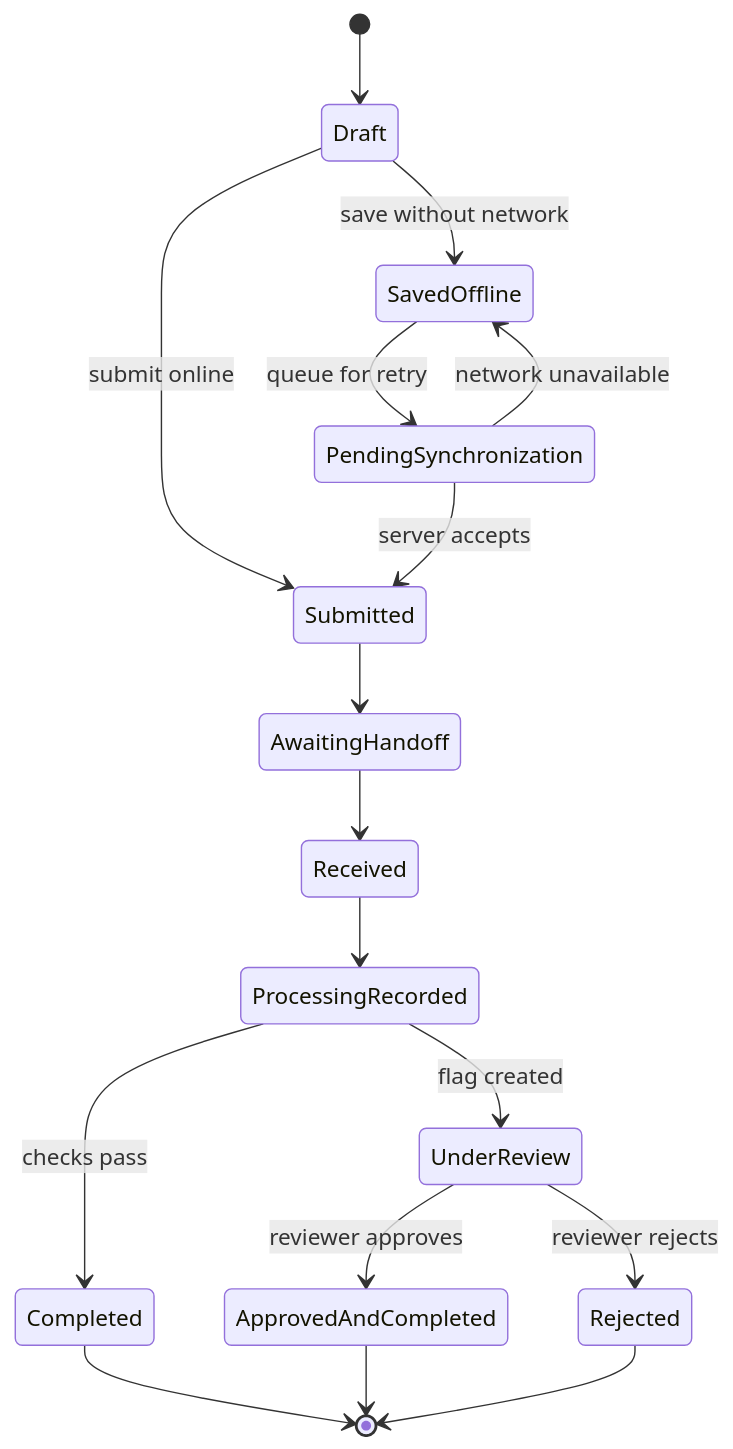
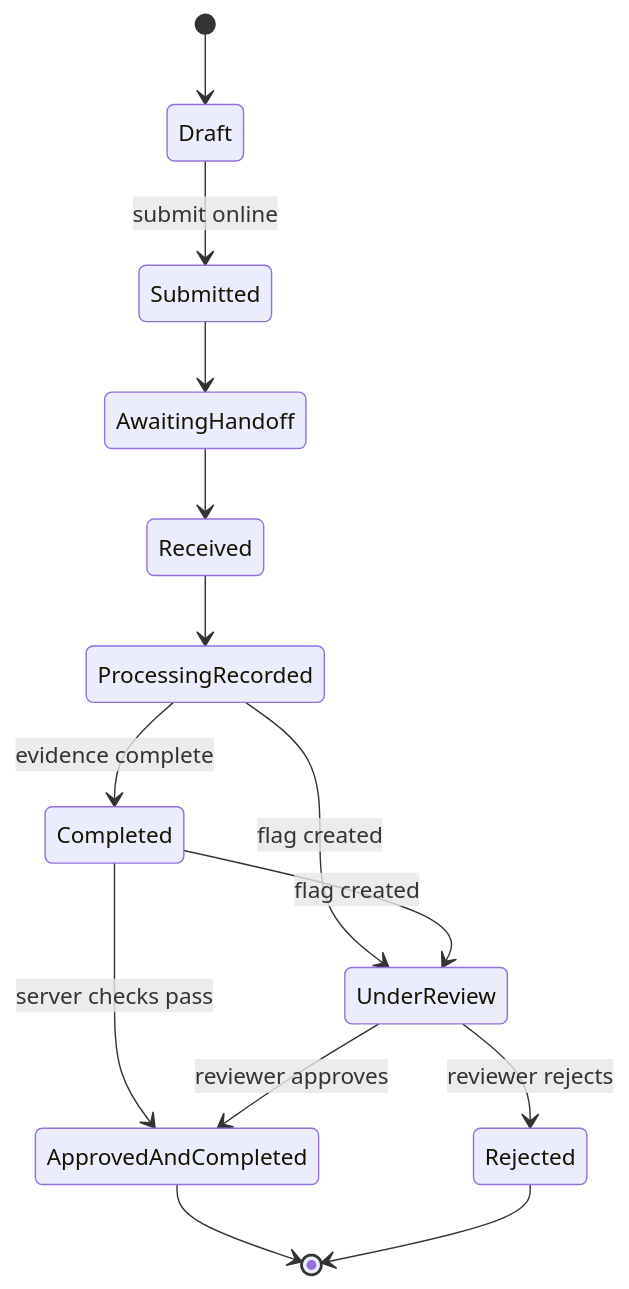
One commit to Abdul-Gafur/scraptrace_giz-ewaste changed diagram 13 of 14 in docs/architecture/analysis-models.md. Above: the diagram before and after it, drawn with Mermaid. The commit also changed other lines of this file and 81 other files, not shown here.

````diff
--- a/docs/architecture/analysis-models.md
+++ b/docs/architecture/analysis-models.md
@@ -268,19 +268,16 @@
 ```mermaid
 stateDiagram-v2
     [*] --> Draft
-    Draft --> SavedOffline: save without network
     Draft --> Submitted: submit online
-    SavedOffline --> PendingSynchronization: queue for retry
-    PendingSynchronization --> SavedOffline: network unavailable
-    PendingSynchronization --> Submitted: server accepts
     Submitted --> AwaitingHandoff
     AwaitingHandoff --> Received
     Received --> ProcessingRecorded
-    ProcessingRecorded --> Completed: checks pass
+    ProcessingRecorded --> Completed: evidence complete
     ProcessingRecorded --> UnderReview: flag created
+    Completed --> UnderReview: flag created
+    Completed --> ApprovedAndCompleted: server checks pass
     UnderReview --> ApprovedAndCompleted: reviewer approves
     UnderReview --> Rejected: reviewer rejects
-    Completed --> [*]
     ApprovedAndCompleted --> [*]
     Rejected --> [*]
 ```
````
